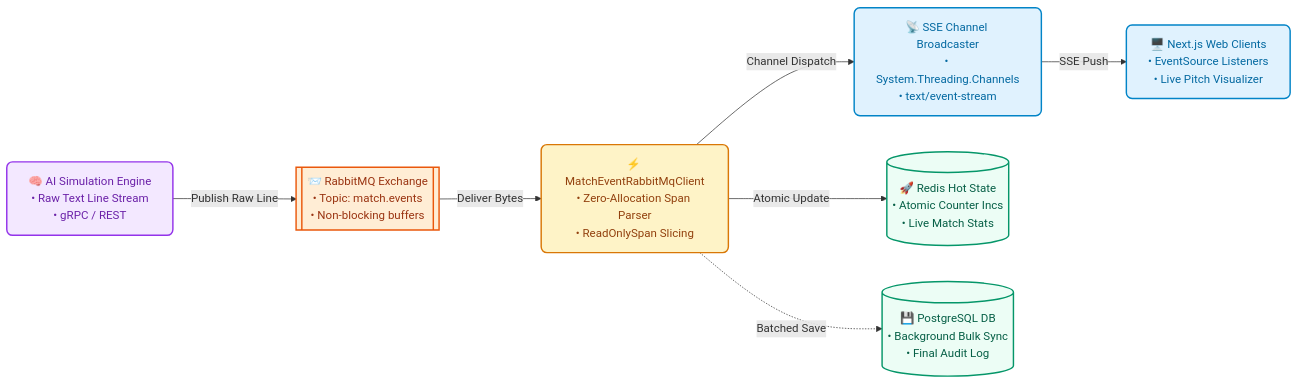
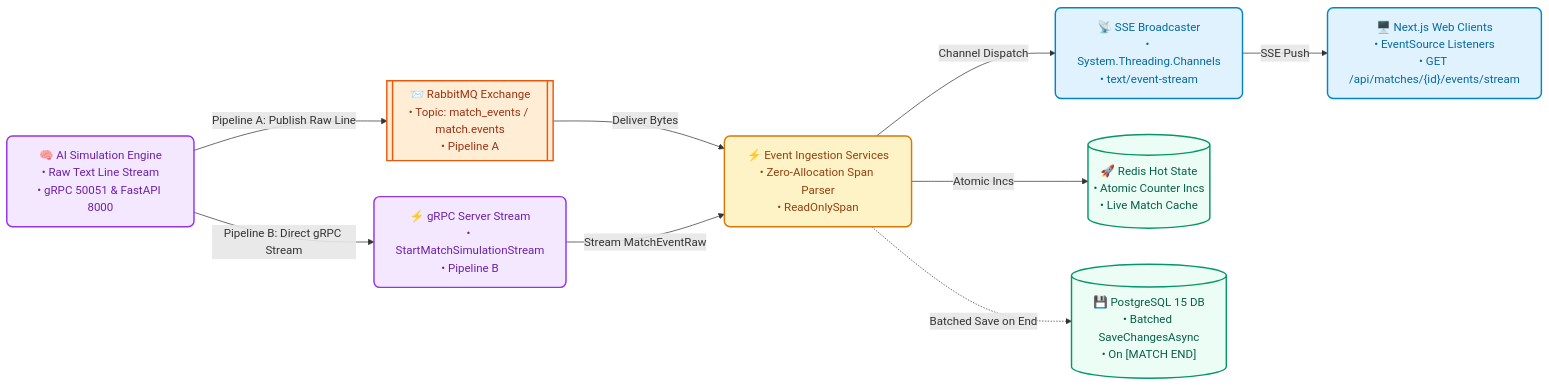
The diagram in docs/event-processing-system.md (Nader7x/PixelPitchAI), drawn with Mermaid before and after one commit. The commit also changed other lines of this file and 10 other files, not shown here.

Commit message:
docs: overhaul core architecture, API, and messaging documentation

````diff
--- a/docs/event-processing-system.md
+++ b/docs/event-processing-system.md
@@ -11,23 +15,26 @@
 ```mermaid
 flowchart LR
     classDef src fill:#f3e8ff,stroke:#9333ea,stroke-width:2px,color:#6b21a8,rx:8px,ry:8px;
     classDef mq fill:#ffedd5,stroke:#ea580c,stroke-width:2px,color:#9a3412,rx:8px,ry:8px;
     classDef consumer fill:#fef3c7,stroke:#d97706,stroke-width:2px,color:#92400e,rx:8px,ry:8px;
     classDef sse fill:#e0f2fe,stroke:#0284c7,stroke-width:2px,color:#0369a1,rx:8px,ry:8px;
     classDef db fill:#ecfdf5,stroke:#059669,stroke-width:2px,color:#065f46,rx:8px,ry:8px;
 
-    Source["🧠 AI Simulation Engine<br/>• Raw Text Line Stream<br/>• gRPC / REST"]:::src
-    Exchange[["📨 RabbitMQ Exchange<br/>• Topic: match.events<br/>• Non-blocking buffers"]]:::mq
-    ClientService["⚡ MatchEventRabbitMqClient<br/>• Zero-Allocation Span Parser<br/>• ReadOnlySpan Slicing"]:::consumer
-    Broadcaster["📡 SSE Channel Broadcaster<br/>• System.Threading.Channels<br/>• text/event-stream"]:::sse
-    WebClients["🖥️ Next.js Web Clients<br/>• EventSource Listeners<br/>• Live Pitch Visualizer"]:::sse
-    HotState[("🚀 Redis Hot State<br/>• Atomic Counter Incs<br/>• Live Match Stats")]:::db
-    ColdStorage[("💾 PostgreSQL DB<br/>• Background Bulk Sync<br/>• Final Audit Log")]:::db
+    Source["🧠 AI Simulation Engine<br/>• Raw Text Line Stream<br/>• gRPC 50051 & FastAPI 8000"]:::src
+    Exchange[["📨 RabbitMQ Exchange<br/>• Topic: match_events / match.events<br/>• Pipeline A"]]:::mq
+    GrpcStream["⚡ gRPC Server Stream<br/>• StartMatchSimulationStream<br/>• Pipeline B"]:::src
+    ClientService["⚡ Event Ingestion Services<br/>• Zero-Allocation Span Parser<br/>• ReadOnlySpan<char>"]:::consumer
+    Broadcaster["📡 SSE Broadcaster<br/>• System.Threading.Channels<br/>• text/event-stream"]:::sse
+    WebClients["🖥️ Next.js Web Clients<br/>• EventSource Listeners<br/>• GET /api/matches/{id}/events/stream"]:::sse
+    HotState[("🚀 Redis Hot State<br/>• Atomic Counter Incs<br/>• Live Match Cache")]:::db
+    ColdStorage[("💾 PostgreSQL 15 DB<br/>• Batched SaveChangesAsync<br/>• On [MATCH END]")]:::db
 
-    Source -->|"Publish Raw Line"| Exchange
+    Source -->|"Pipeline A: Publish Raw Line"| Exchange
+    Source -->|"Pipeline B: Direct gRPC Stream"| GrpcStream
     Exchange -->|"Deliver Bytes"| ClientService
-    ClientService -->|"Atomic Update"| HotState
+    GrpcStream -->|"Stream MatchEventRaw"| ClientService
+    ClientService -->|"Atomic Incs"| HotState
     ClientService -->|"Channel Dispatch"| Broadcaster
     Broadcaster -->|"SSE Push"| WebClients
-    ClientService -.->|"Batched Save"| ColdStorage
+    ClientService -.->|"Batched Save on End"| ColdStorage
 ```
````
